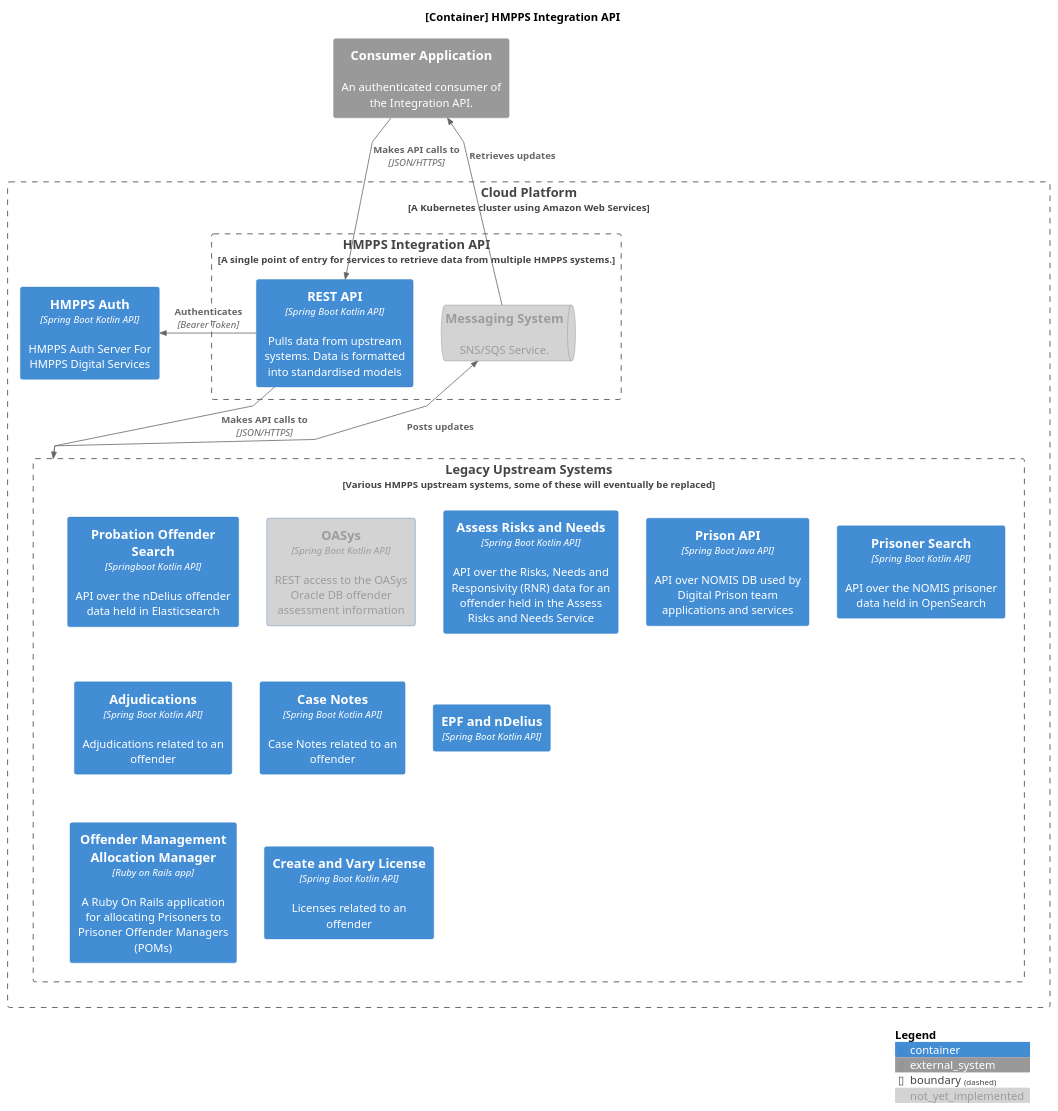
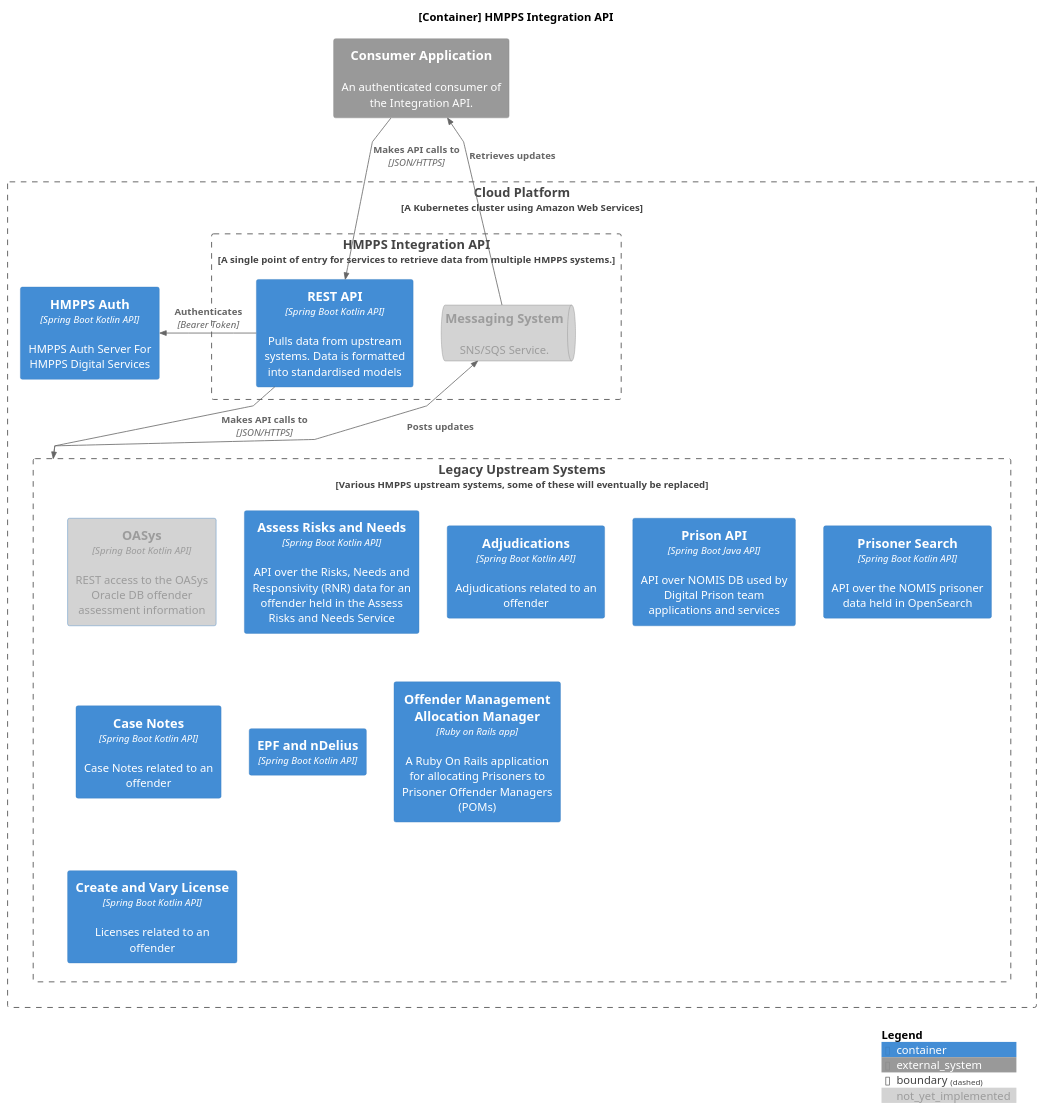
Before and after one commit to ministryofjustice/hmpps-integration-api: the diagram in docs/diagrams/container.puml, drawn with PlantUML. The commit also changed 10 other files, not shown here.

Commit message:
remove probation search urls

```diff
--- a/docs/diagrams/container.puml
+++ b/docs/diagrams/container.puml
@@ -1,45 +1,44 @@
 @startuml container
 
 !include https://raw.githubusercontent.com/plantuml-stdlib/C4-PlantUML/master/C4_Container.puml
 
 skinparam linetype polyline
 
 title [Container] HMPPS Integration API
 
 AddElementTag("not_yet_implemented", $bgColor="#D3D3D3", $fontColor="#9C9C9C")
 
 System_Ext(consumer, "Consumer Application", "An authenticated consumer of the Integration API.")
 
 Boundary(aws_cloudplatform, "Cloud Platform", "A Kubernetes cluster using Amazon Web Services", $link="https://user-guide.cloud-platform.service.justice.gov.uk/documentation/concepts/cp-tech-overview.html") {
     Boundary(hmpps_integration_api, "HMPPS Integration API", "A single point of entry for services to retrieve data from multiple HMPPS systems."){
         Container(spring_boot_api, "REST API", "Spring Boot Kotlin API", "Pulls data from upstream systems. Data is formatted into standardised models", $link="https://github.com/ministryofjustice/hmpps-integration-api")
         SystemQueue_Ext(messaging, "Messaging System", "SNS/SQS Service.",$tags="not_yet_implemented")
     }
 
     Container(hmpps_auth, "HMPPS Auth", "Spring Boot Kotlin API", "	UI and OAuth2 server integrating with NOMIS database, nDelius (via Community api) and an auth database for storing external users", $link="https://github.com/ministryofjustice/hmpps-auth")
 
     Boundary(upstream, "Legacy Upstream Systems", "Various HMPPS upstream systems, some of these will eventually be replaced"){
         Container(prison_api, "Prison API", "Spring Boot Java API", "API over NOMIS DB used by Digital Prison team applications and services", $link="https://github.com/ministryofjustice/prison-api")
-        Container(probation_offender_search, "Probation Offender Search", "Springboot Kotlin API", "API over the nDelius offender data held in Elasticsearch", $link="https://probation-offender-search-dev.hmpps.service.justice.gov.uk/swagger-ui/index.html")
         Container(prisoner_search, "Prisoner Search", "Spring Boot Kotlin API", "API over the NOMIS prisoner data held in OpenSearch", $link="https://github.com/ministryofjustice/hmpps-prisoner-search")
         Container(oasys, "OASys", "Spring Boot Kotlin API", "REST access to the OASys Oracle DB offender assessment information", $link="https://github.com/ministryofjustice/offender-assessments-api-kotlin", $tags="not_yet_implemented")
         Container(oasys_arn, "Assess Risks and Needs", "Spring Boot Kotlin API", "API over the Risks, Needs and Responsivity (RNR) data for an offender held in the Assess Risks and Needs Service", $link="https://github.com/ministryofjustice/hmpps-assess-risks-and-needs")
         Container(adjudications, "Adjudications", "Spring Boot Kotlin API", "Adjudications related to an offender", $link="https://github.com/ministryofjustice/hmpps-manage-adjudications-api")
         Container(case_notes, "Case Notes", "Spring Boot Kotlin API", "Case Notes related to an offender", $link="https://github.com/ministryofjustice/offender-case-notes")
         Container(effective_proposal_framework, "EPF and nDelius", "Spring Boot Kotlin API")
         Container(manage_POM_cases, "Offender Management Allocation Manager", "Ruby on Rails app", "A Ruby On Rails application for allocating Prisoners to Prisoner Offender Managers (POMs)", $link="https://github.com/ministryofjustice/offender-management-allocation-manager")
         Container(create_and_vary_license, "Create and Vary License", "Spring Boot Kotlin API", "Licenses related to an offender", $link="https://github.com/ministryofjustice/create-and-vary-a-licence-api")
         Container(hmpps_auth, "HMPPS Auth", "Spring Boot Kotlin API", "HMPPS Auth Server For HMPPS Digital Services", $link="https://github.com/ministryofjustice/hmpps-auth")
         Lay_L(prisoner_search, prison_api)
     }
 }
 
 Rel(consumer, spring_boot_api, "Makes API calls to", "JSON/HTTPS")
 Rel(messaging, consumer, "Retrieves updates")
 Rel_Up(upstream, messaging, "Posts updates")
 Rel_Right(spring_boot_api, hmpps_auth, "Authenticates", "Bearer Token")
 Rel_Down(spring_boot_api, upstream, "Makes API calls to", "JSON/HTTPS")
 
 SHOW_DYNAMIC_LEGEND()
 
 @enduml
```
